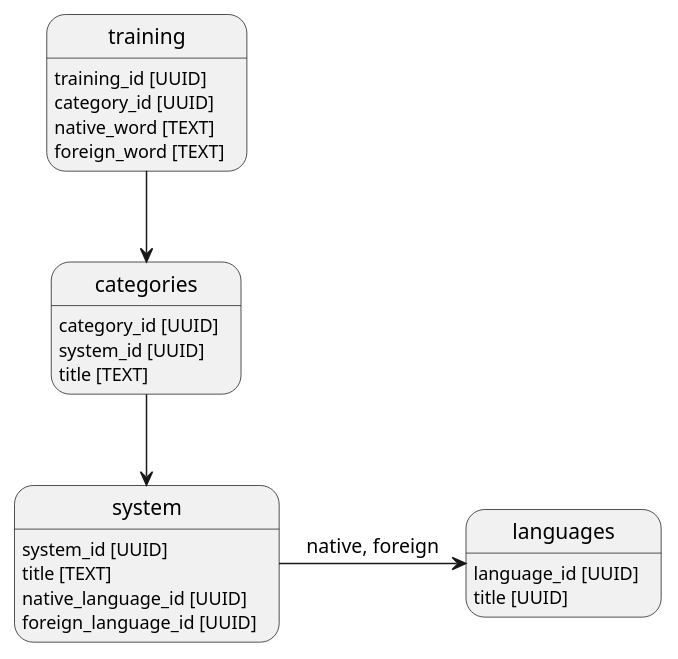
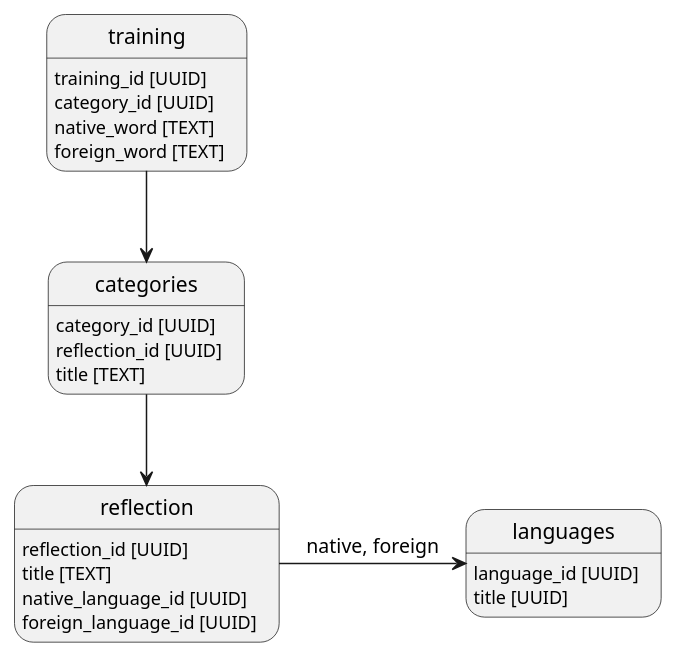
The diagram in src/database/schema.puml (LingAny/data-access), drawn with PlantUML before and after one commit. The commit also changed 1 other file, not shown here.

Commit message:
fix database schema

```diff
--- a/src/database/schema.puml
+++ b/src/database/schema.puml
@@ -1,23 +1,23 @@
 @startuml
 
 languages: language_id [UUID]
 languages: title [UUID]
 
-system: system_id [UUID]
-system: title [TEXT]
-system: native_language_id [UUID]
-system: foreign_language_id [UUID]
-system -> languages: native, foreign
+reflection: reflection_id [UUID]
+reflection: title [TEXT]
+reflection: native_language_id [UUID]
+reflection: foreign_language_id [UUID]
+reflection -> languages: native, foreign
 
 categories: category_id [UUID]
-categories: system_id [UUID]
+categories: reflection_id [UUID]
 categories: title [TEXT]
-categories --> system
+categories --> reflection
 
 training: training_id [UUID]
 training: category_id [UUID]
 training: native_word [TEXT]
 training: foreign_word [TEXT]
 training --> categories
 
 @enduml
```
